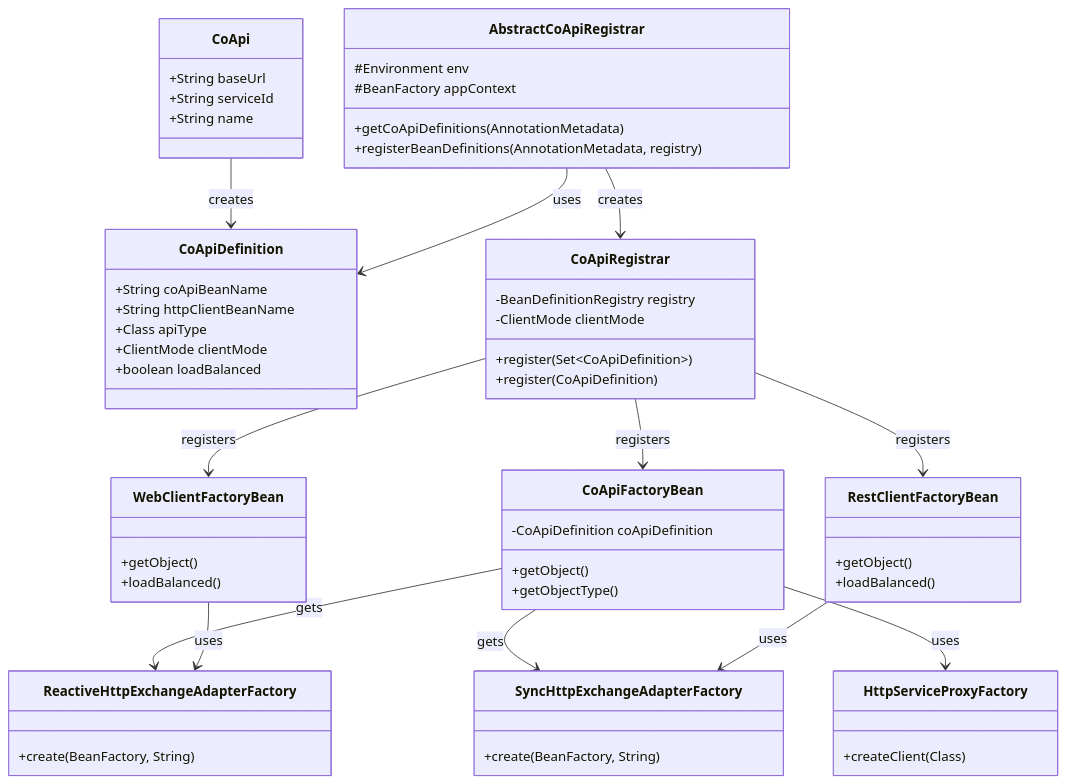
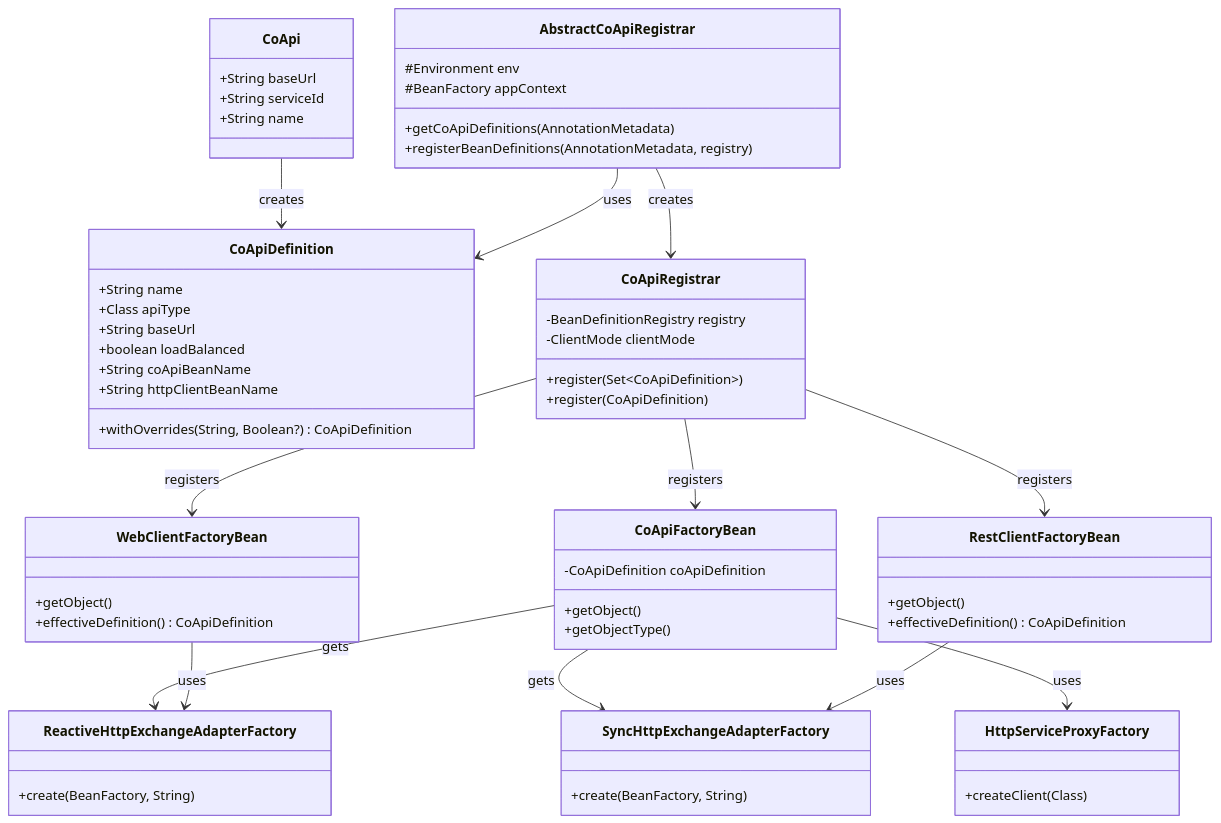
One commit to Ahoo-Wang/CoApi changed the fourth of 5 diagrams in wiki/deep-dive/architecture.md. Above: the diagram before and after it, drawn with Mermaid. The commit also changed other lines of this file and 45 other files, not shown here.

First line of the commit message:
feat!: v3 client architecture (#320)

````diff
--- a/wiki/deep-dive/architecture.md
+++ b/wiki/deep-dive/architecture.md
@@ -160,71 +160,73 @@
 ```mermaid
 classDiagram
     class CoApi {
         +String baseUrl
         +String serviceId
         +String name
     }
     
     class CoApiDefinition {
+        +String name
+        +Class apiType
+        +String baseUrl
+        +boolean loadBalanced
         +String coApiBeanName
         +String httpClientBeanName
-        +Class apiType
-        +ClientMode clientMode
-        +boolean loadBalanced
+        +withOverrides(String, Boolean?) CoApiDefinition
     }
     
     class AbstractCoApiRegistrar {
         #Environment env
         #BeanFactory appContext
         +getCoApiDefinitions(AnnotationMetadata)
         +registerBeanDefinitions(AnnotationMetadata, registry)
     }
     
     class CoApiRegistrar {
         -BeanDefinitionRegistry registry
         -ClientMode clientMode
         +register(Set~CoApiDefinition~)
         +register(CoApiDefinition)
     }
     
     class CoApiFactoryBean {
         -CoApiDefinition coApiDefinition
         +getObject()
         +getObjectType()
     }
     
     class WebClientFactoryBean {
         +getObject()
-        +loadBalanced()
+        +effectiveDefinition() CoApiDefinition
     }
     
     class RestClientFactoryBean {
         +getObject()
-        +loadBalanced()
+        +effectiveDefinition() CoApiDefinition
     }
     
     class HttpServiceProxyFactory {
         +createClient(Class)
     }
     
     class ReactiveHttpExchangeAdapterFactory {
         +create(BeanFactory, String)
     }
     
     class SyncHttpExchangeAdapterFactory {
         +create(BeanFactory, String)
     }
     
     CoApi --> CoApiDefinition : creates
     AbstractCoApiRegistrar --> CoApiDefinition : uses
     AbstractCoApiRegistrar --> CoApiRegistrar : creates
     CoApiRegistrar --> WebClientFactoryBean : registers
     CoApiRegistrar --> RestClientFactoryBean : registers
     CoApiRegistrar --> CoApiFactoryBean : registers
     CoApiFactoryBean --> HttpServiceProxyFactory : uses
     CoApiFactoryBean --> ReactiveHttpExchangeAdapterFactory : gets
     CoApiFactoryBean --> SyncHttpExchangeAdapterFactory : gets
     WebClientFactoryBean --> ReactiveHttpExchangeAdapterFactory : uses
     RestClientFactoryBean --> SyncHttpExchangeAdapterFactory : uses
     
 ```
````
